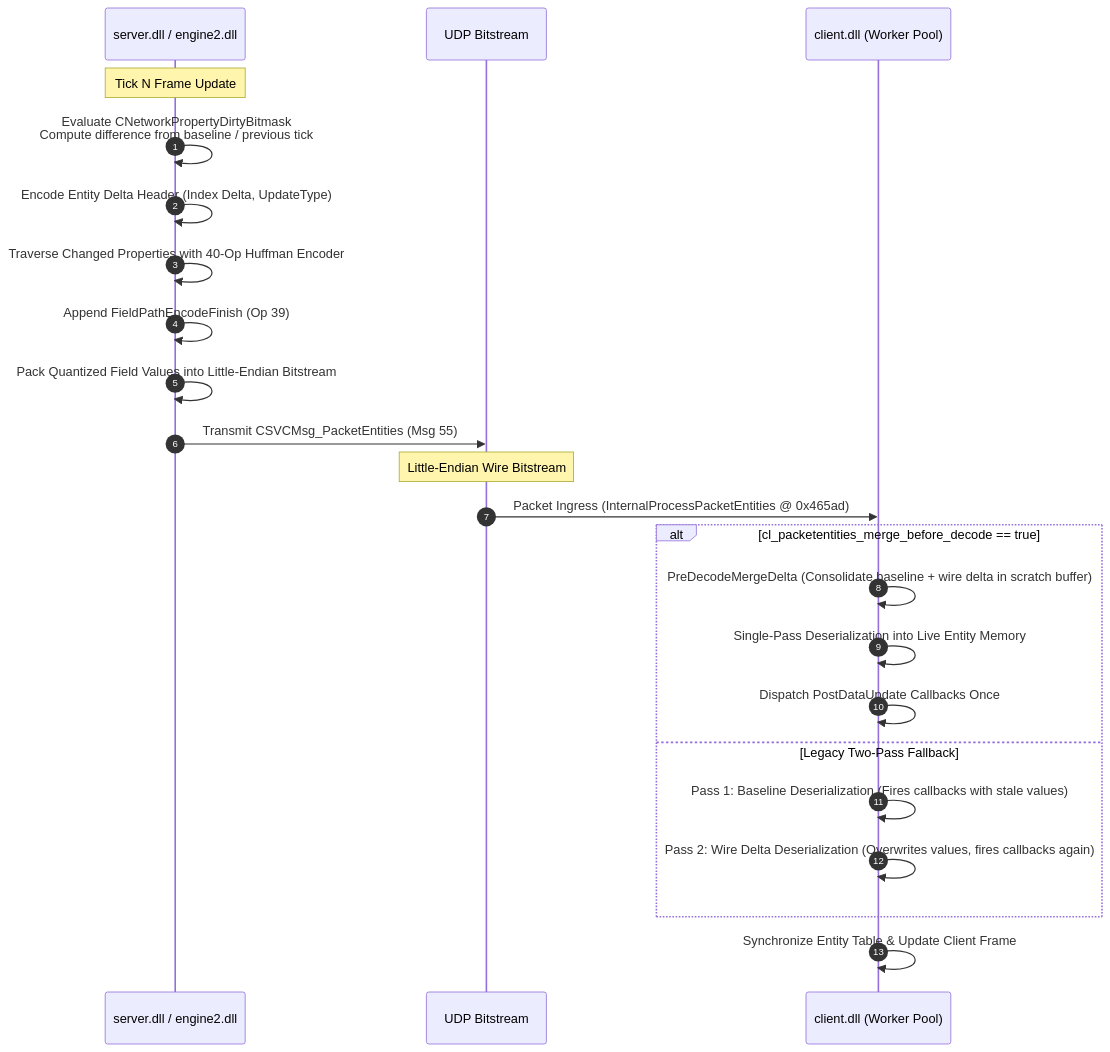
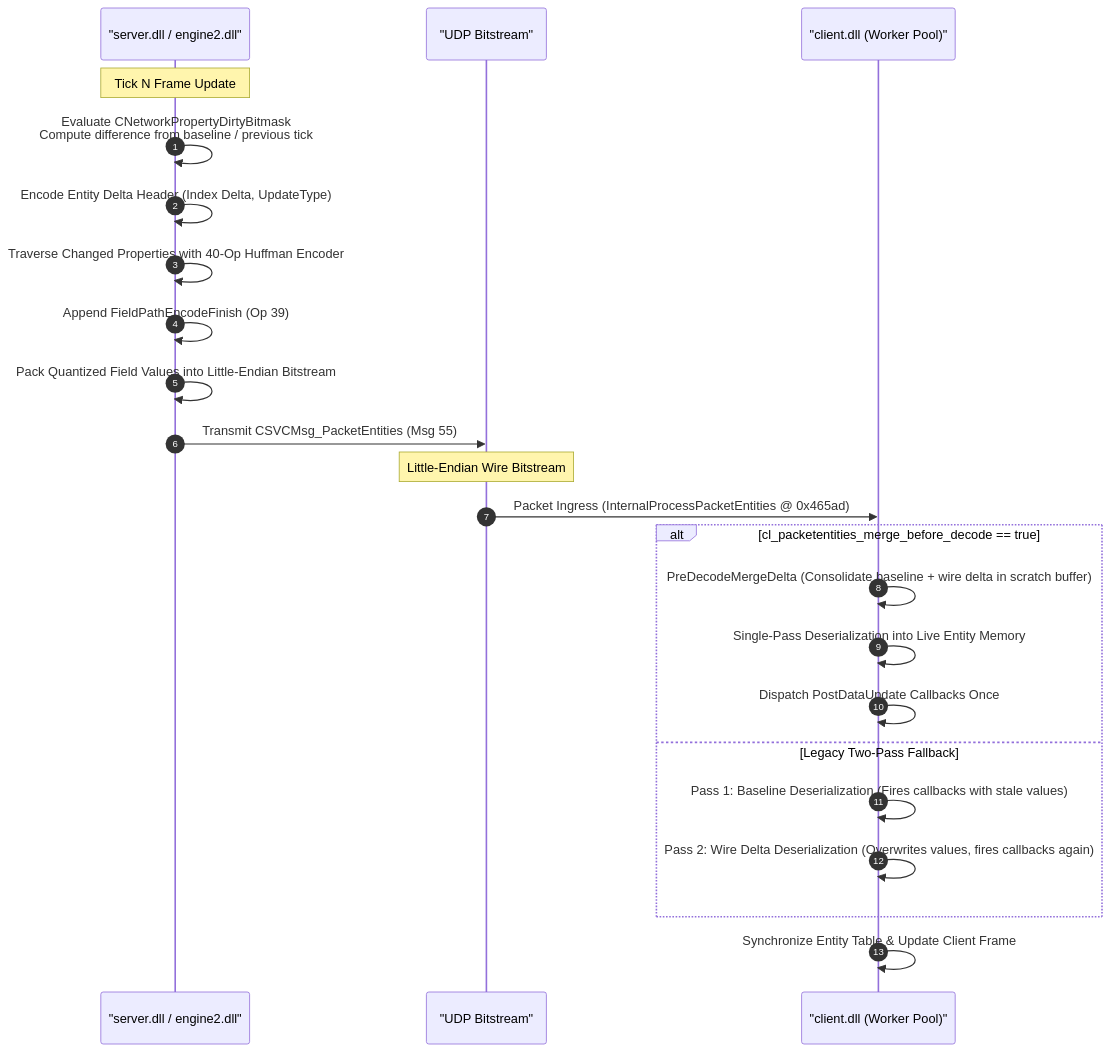
The second of 2 diagrams in docs/network_entity_delta_codec.md (Hanzkii/cs2-reverse), drawn with Mermaid before and after one commit. The commit also changed 17 other files, not shown here.

Commit message:
fix(docs): quote Mermaid sequence diagram participant labels across all documentation

````diff
--- a/docs/network_entity_delta_codec.md
+++ b/docs/network_entity_delta_codec.md
@@ -255,27 +255,27 @@
 ```mermaid
 sequenceDiagram
     autonumber
-    participant Server as server.dll / engine2.dll
-    participant Wire as UDP Bitstream
-    participant Client as client.dll (Worker Pool)
+    participant Server as "server.dll / engine2.dll"
+    participant Wire as "UDP Bitstream"
+    participant Client as "client.dll (Worker Pool)"
 
     Note over Server: Tick N Frame Update
     Server->>Server: Evaluate CNetworkPropertyDirtyBitmask<br/>Compute difference from baseline / previous tick
     Server->>Server: Encode Entity Delta Header (Index Delta, UpdateType)
     Server->>Server: Traverse Changed Properties with 40-Op Huffman Encoder
     Server->>Server: Append FieldPathEncodeFinish (Op 39)
     Server->>Server: Pack Quantized Field Values into Little-Endian Bitstream
     Server->>Wire: Transmit CSVCMsg_PacketEntities (Msg 55)
 
     Note over Wire: Little-Endian Wire Bitstream
     Wire->>Client: Packet Ingress (InternalProcessPacketEntities @ 0x465ad)
     alt cl_packetentities_merge_before_decode == true
         Client->>Client: PreDecodeMergeDelta (Consolidate baseline + wire delta in scratch buffer)
         Client->>Client: Single-Pass Deserialization into Live Entity Memory
         Client->>Client: Dispatch PostDataUpdate Callbacks Once
     else Legacy Two-Pass Fallback
         Client->>Client: Pass 1: Baseline Deserialization (Fires callbacks with stale values)
         Client->>Client: Pass 2: Wire Delta Deserialization (Overwrites values, fires callbacks again)
     end
     Client->>Client: Synchronize Entity Table & Update Client Frame
 ```
````
